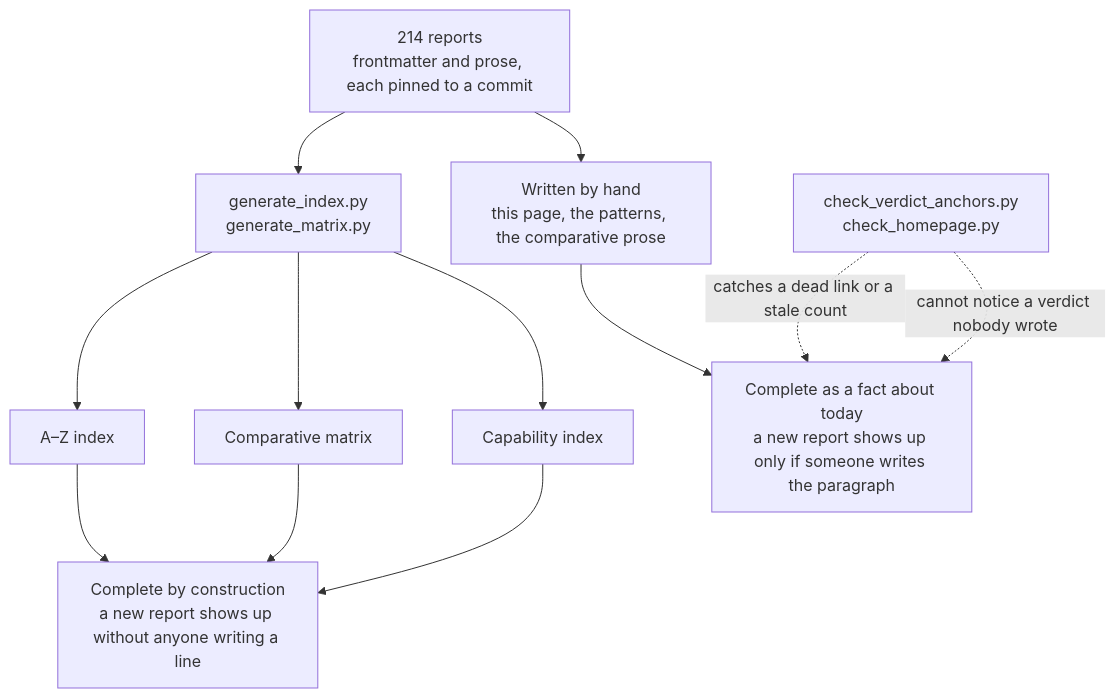
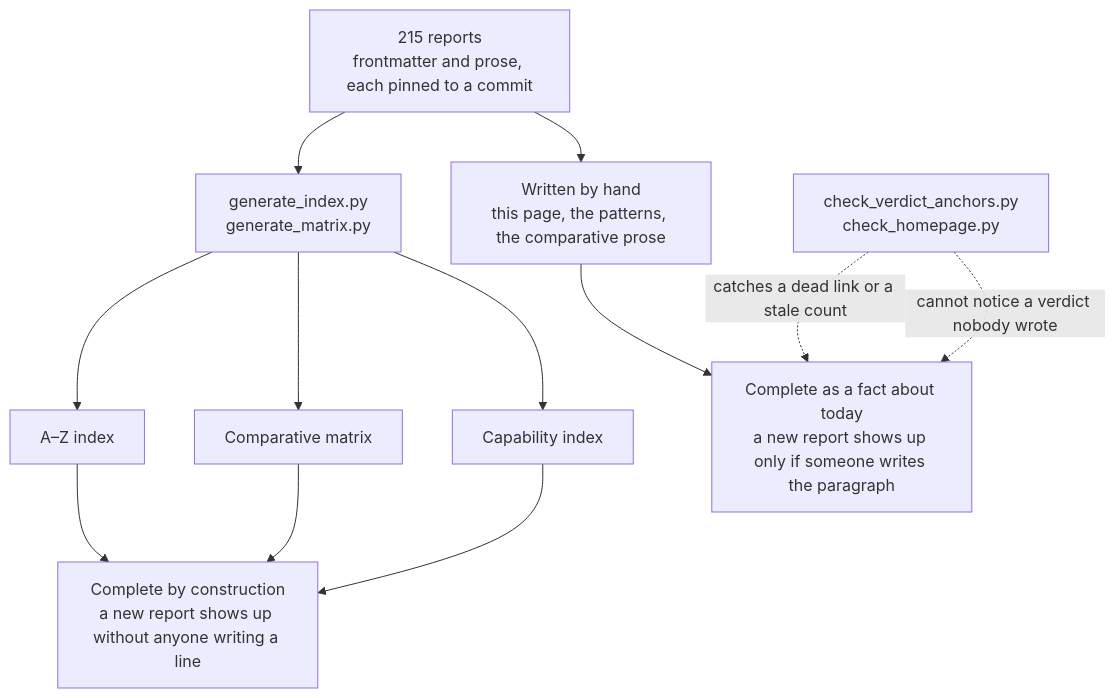
One commit to neoneye/agent-memory-atlas changed the diagram in content/verdicts.md. Above: the diagram before and after it, drawn with Mermaid. The commit also changed other lines of this file and 19 other files, not shown here.

````diff
--- a/content/verdicts.md
+++ b/content/verdicts.md
@@ -40,15 +40,15 @@
 ```mermaid
 flowchart TD
-    R["214 reports<br/>frontmatter and prose, each pinned to a commit"]
+    R["215 reports<br/>frontmatter and prose, each pinned to a commit"]
     R --> GEN["generate_index.py<br/>generate_matrix.py"]
     R --> HAND["Written by hand<br/>this page, the patterns, the comparative prose"]
     GEN --> AZ["A–Z index"]
     GEN --> MX["Comparative matrix"]
     GEN --> CI["Capability index"]
     AZ --> CONST["Complete by construction<br/>a new report shows up without anyone writing a line"]
     MX --> CONST
     CI --> CONST
     HAND --> TODAY["Complete as a fact about today<br/>a new report shows up only if someone writes the paragraph"]
     CHK["check_verdict_anchors.py<br/>check_homepage.py"] -.->|"catches a dead link or a stale count"| TODAY
     CHK -.->|"cannot notice a verdict nobody wrote"| TODAY
 ```
````
